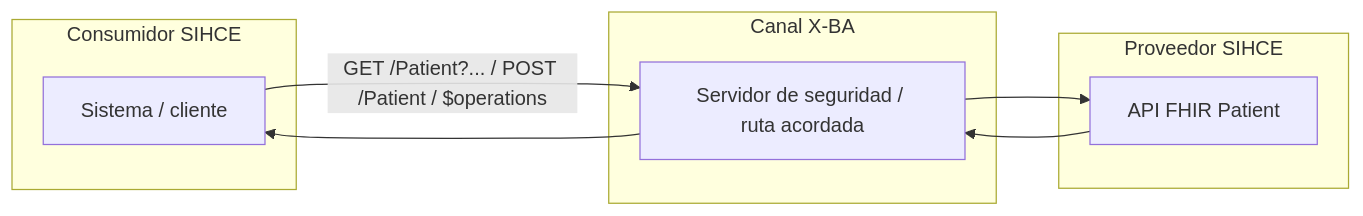
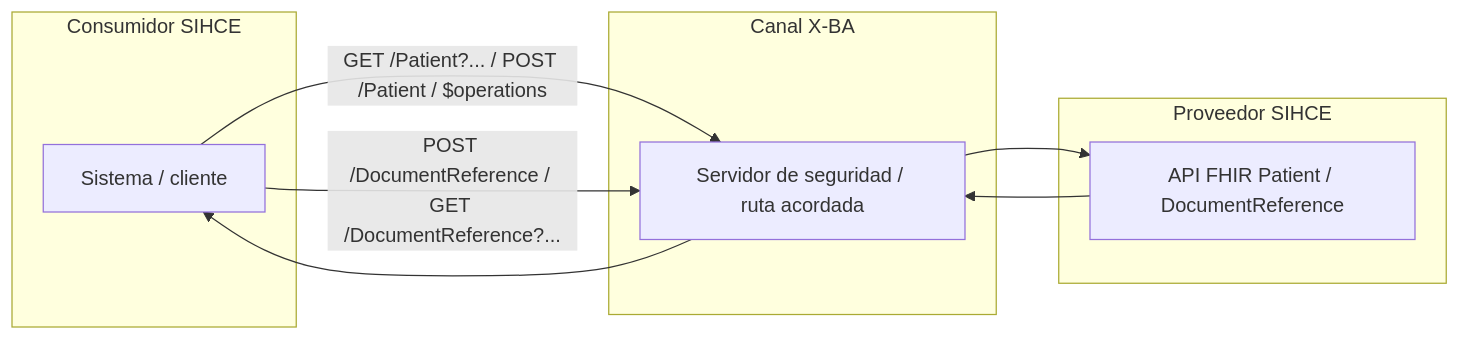
The first of 9 diagrams in input/pagecontent/CasosDeUso.md (HL7-AR/sihce-ig), drawn with Mermaid before and after one commit. The commit also changed other lines of this file and 1182 other files, not shown here.

````diff
--- a/input/pagecontent/CasosDeUso.md
+++ b/input/pagecontent/CasosDeUso.md
@@ -5,16 +5,17 @@
 ```mermaid
 flowchart LR
   subgraph Consumidor["Consumidor SIHCE"]
     CAPP[Sistema / cliente]
   end
   subgraph XRoad["Canal X-BA"]
     XR[Servidor de seguridad / ruta acordada]
   end
   subgraph Proveedor["Proveedor SIHCE"]
-    FHIR[API FHIR Patient]
+    FHIR[API FHIR Patient / DocumentReference]
   end
   CAPP -->|"GET /Patient?... / POST /Patient / $operations"| XR
+  CAPP -->|"POST /DocumentReference / GET /DocumentReference?..."| XR
   XR --> FHIR
   FHIR --> XR
   XR --> CAPP
 ```
````
